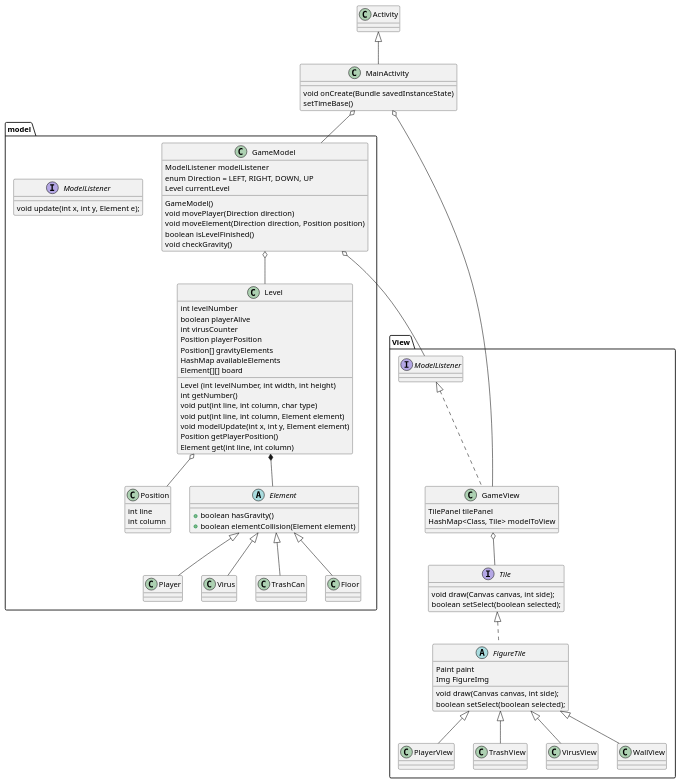
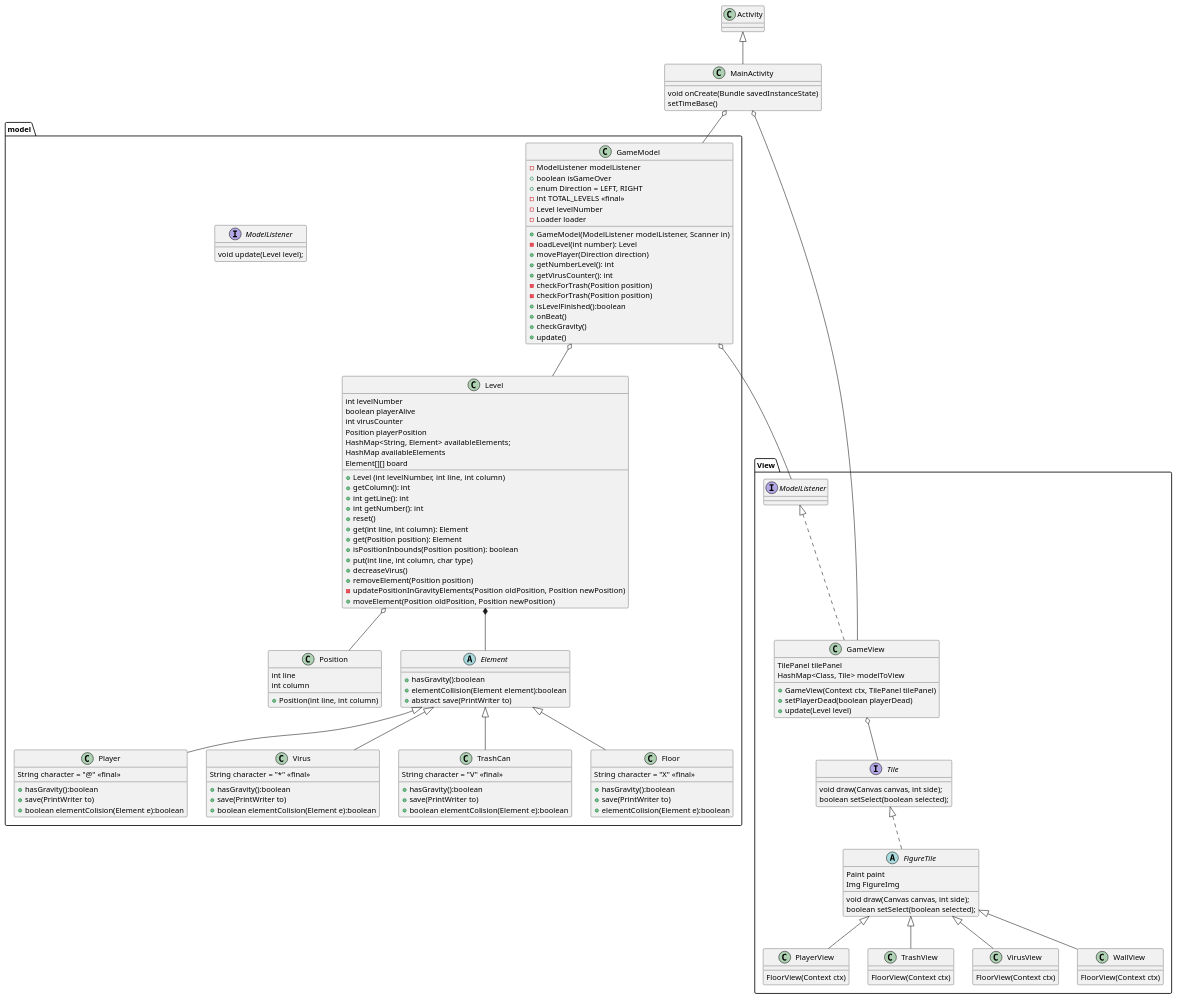
Before and after one commit to Celthund/OOP-Serie3: the diagram in covid.puml, drawn with PlantUML.

```diff
--- a/covid.puml
+++ b/covid.puml
@@ -1,95 +1,139 @@
 @startuml
 
 
 
 class MainActivity extends Activity{
     void onCreate(Bundle savedInstanceState)
     setTimeBase()
 }
 
 package View {
     MainActivity o-- GameView
     GameView o-- Tile
     interface Tile {
         void draw(Canvas canvas, int side);
         boolean setSelect(boolean selected);
     }
     abstract class FigureTile implements Tile {
         Paint paint
         Img FigureImg
         void draw(Canvas canvas, int side);
         boolean setSelect(boolean selected);
     }
     class GameView implements ModelListener {
         TilePanel tilePanel
         HashMap<Class, Tile> modelToView
+        +GameView(Context ctx, TilePanel tilePanel)
+        +setPlayerDead(boolean playerDead)
+        +update(Level level)
     }
-    class PlayerView extends FigureTile
-    class TrashView extends FigureTile
-    class VirusView extends FigureTile
-    class WallView extends FigureTile
+    class PlayerView extends FigureTile{
+    FloorView(Context ctx)
+    }
+    class TrashView extends FigureTile{
+     FloorView(Context ctx)
+    }
+    class VirusView extends FigureTile{
+    FloorView(Context ctx)
+    }
+    class WallView extends FigureTile{
+    FloorView(Context ctx)
+    }
 }
 
 package model {
 
     MainActivity o-- GameModel
     GameModel o-- Level
     GameModel o-- ModelListener
     Level o-- Position
     Level *-- Element
 
     interface ModelListener {
-        void update(int x, int y, Element e);
+        void update(Level level);
     }
 
     class Position {
         int line
         int column
+        +Position(int line, int column)
     }
 
     class GameModel {
-        ModelListener modelListener
-        enum Direction = LEFT, RIGHT, DOWN, UP
-        Level currentLevel
-        GameModel()
-        void movePlayer(Direction direction)
-        void moveElement(Direction direction, Position position)
-        boolean isLevelFinished()
-        void checkGravity()
+        -ModelListener modelListener
+        +boolean isGameOver
+        +enum Direction = LEFT, RIGHT
+        -int TOTAL_LEVELS «final»
+        -Level levelNumber
+        -Loader loader
+        +GameModel(ModelListener modelListener, Scanner in)
+        -loadLevel(int number): Level
+        +movePlayer(Direction direction)
+        +getNumberLevel(): int
+        +getVirusCounter(): int
+        -checkForTrash(Position position)
+        -checkForTrash(Position position)
+        +isLevelFinished():boolean
+        +onBeat()
+        +checkGravity()
+        +update()
     }
 
     class Level {
         int levelNumber
         boolean playerAlive
         int virusCounter
         Position playerPosition
-        Position[] gravityElements
+        HashMap<String, Element> availableElements;
         HashMap availableElements
         Element[][] board
-        Level (int levelNumber, int width, int height)
-        int getNumber()
-        void put(int line, int column, char type)
-        void put(int line, int column, Element element)
-        void modelUpdate(int x, int y, Element element)
-        Position getPlayerPosition()
-        Element get(int line, int column)
+        +Level (int levelNumber, int line, int column)
+        +getColumn(): int
+        +int getLine(): int
+        +int getNumber(): int
+        +reset()
+        +get(int line, int column): Element
+        +get(Position position): Element
+        +isPositionInbounds(Position position): boolean
+        +put(int line, int column, char type)
+        +decreaseVirus()
+        +removeElement(Position position)
+        -updatePositionInGravityElements(Position oldPosition, Position newPosition)
+        +moveElement(Position oldPosition, Position newPosition)
     }
 
     abstract class Element {
-        +boolean hasGravity()
-        +boolean elementCollision(Element element)
+        +hasGravity():boolean
+        +elementCollision(Element element):boolean
+        +abstract save(PrintWriter to)
     }
 
     class Player extends Element{
+        String character = "@" «final»
+        +hasGravity():boolean
+        +save(PrintWriter to)
+        +boolean elementColision(Element e):boolean
     }
 
     class Virus extends Element {
+        String character = "*" «final»
+        +hasGravity():boolean
+        +save(PrintWriter to)
+        +boolean elementColision(Element e):boolean
     }
 
     class TrashCan extends Element {
+        String character = "V" «final»
+        +hasGravity():boolean
+        +save(PrintWriter to)
+        +boolean elementColision(Element e):boolean
     }
 
     class Floor extends Element {
+        String character = "X" «final»
+        +hasGravity():boolean
+        +save(PrintWriter to)
+        +elementColision(Element e):boolean
     }
 }
 @enduml
```
